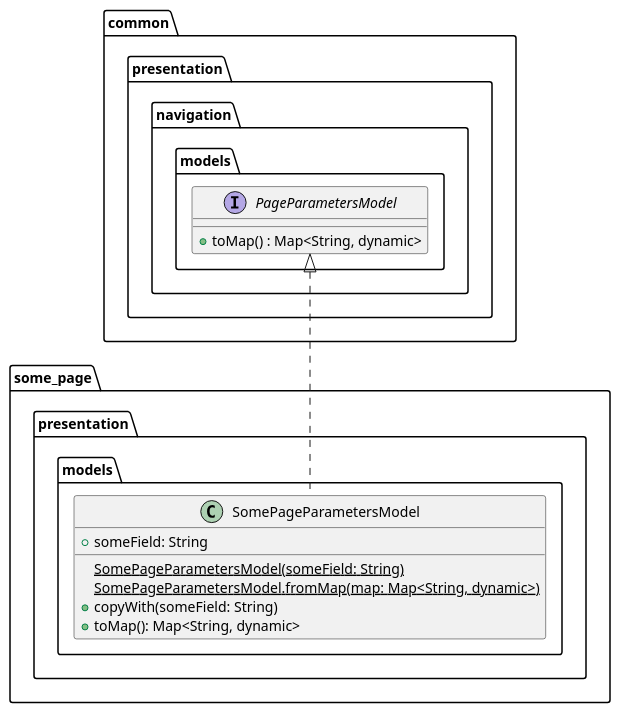
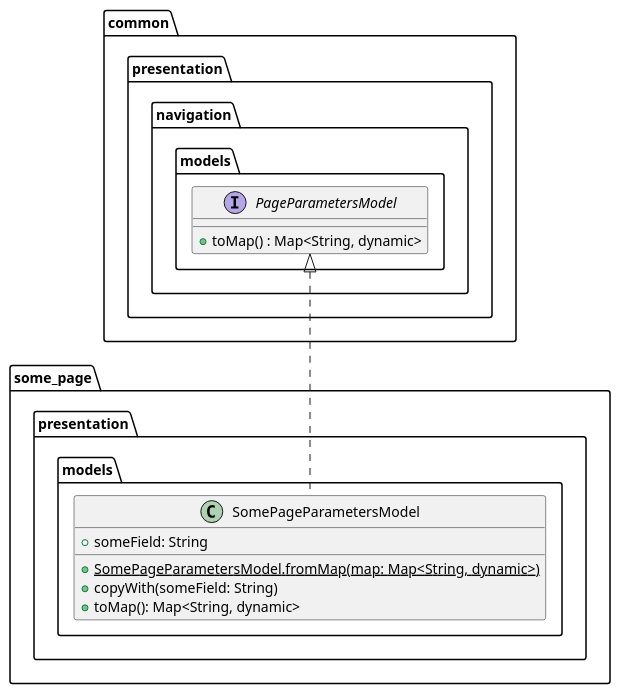
One commit to Flank/flank-dashboard changed the diagram in metrics/web/docs/features/deep_links/diagrams/page_parameters_model_class_diagram.puml. Above: the diagram before and after it, drawn with PlantUML. The commit also changed 2 other files, not shown here.

Commit message:
Update diagrams, update readability and key concepts

```diff
--- a/metrics/web/docs/features/deep_links/diagrams/page_parameters_model_class_diagram.puml
+++ b/metrics/web/docs/features/deep_links/diagrams/page_parameters_model_class_diagram.puml
@@ -1,22 +1,21 @@
 @startuml page_parameters_model_class_diagram
 
 package common.presentation.navigation.models {
     interface PageParametersModel {
         + toMap() : Map<String, dynamic>
     }
 }
 
 package some_page.presentation.models {
     class SomePageParametersModel {
         + someField: String
 
-        {static} SomePageParametersModel(someField: String)
-        {static} SomePageParametersModel.fromMap(map: Map<String, dynamic>)
+        + {static} SomePageParametersModel.fromMap(map: Map<String, dynamic>)
         + copyWith(someField: String)
         + toMap(): Map<String, dynamic>
     }
 }
 
 SomePageParametersModel .up.|> PageParametersModel
 
 @enduml
```
